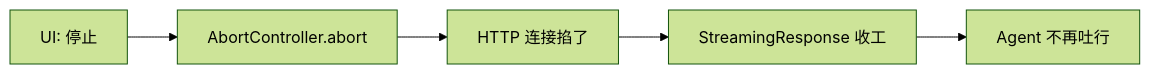
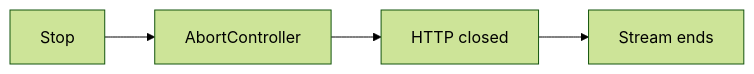
One commit to Mayerxjchen/ElectroMind changed the fourth of 4 diagrams in docs/sc/wire-demo.md. Above: the diagram before and after it, drawn with Mermaid (forest theme). The commit also changed other lines of this file and 23 other files, not shown here.

First line of the commit message:
docs: add Mermaid diagrams and fix rendering

````diff
--- a/docs/sc/wire-demo.md
+++ b/docs/sc/wire-demo.md
@@ -86,7 +71,6 @@
 ```mermaid
 flowchart LR
-  STOP[UI: 停止] --> ABORT[AbortController.abort]
-  ABORT --> HTTP[HTTP 连接掐了]
-  HTTP --> SR[StreamingResponse 收工]
-  SR --> AGENT[Agent 不再吐行]
+  S[Stop] --> A[AbortController]
+  A --> H[HTTP closed]
+  H --> E[Stream ends]
 ```
````
